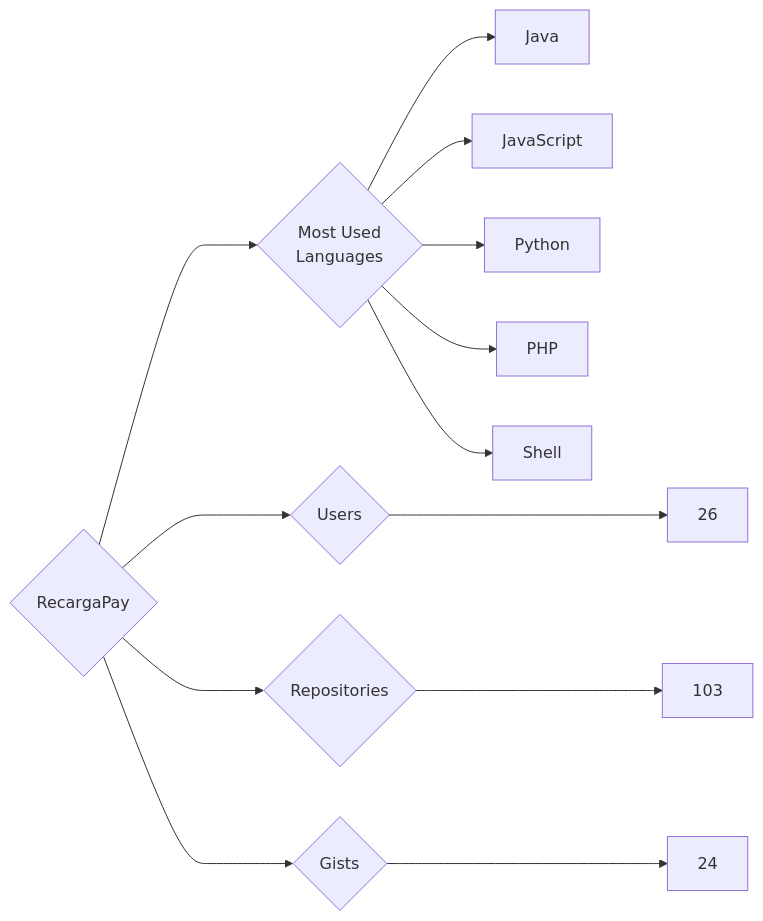
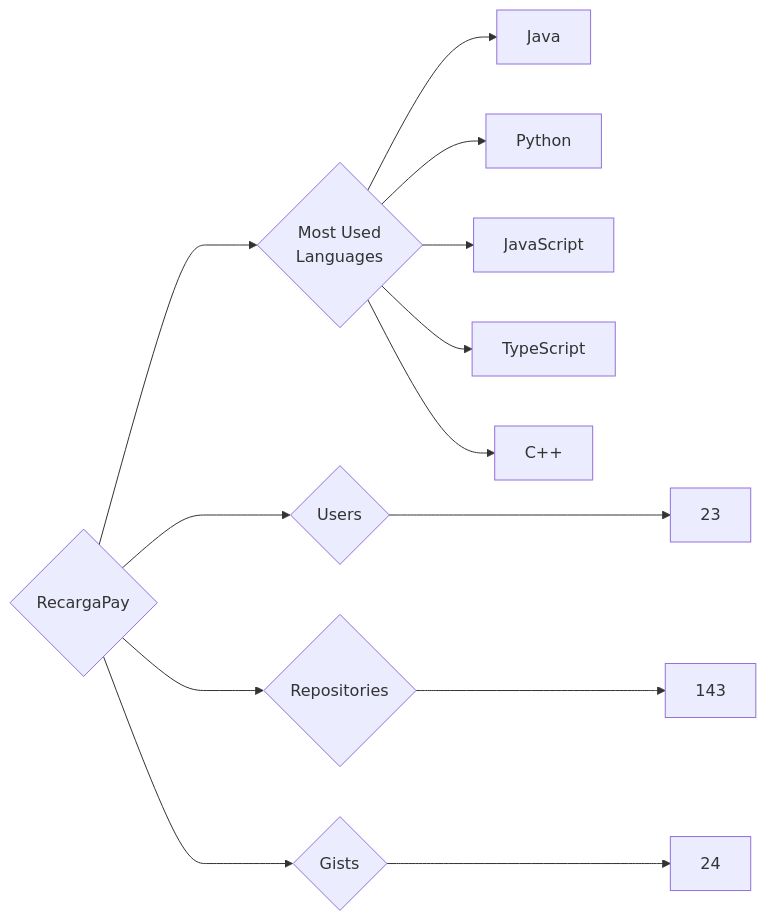
Before and after one commit to trickest/insiders: the diagram in targets/RecargaPay/README.md, drawn with Mermaid. The commit also changed 895 other files, not shown here.

````diff
--- a/targets/RecargaPay/README.md
+++ b/targets/RecargaPay/README.md
@@ -3,13 +3,13 @@
 ```mermaid
 graph LR
 COMPANY_NAME{RecargaPay}
-COMPANY_NAME ---> U{Users} ---> UN[26]
-COMPANY_NAME ---> R{Repositories} ---> RN[103]
+COMPANY_NAME ---> U{Users} ---> UN[23]
+COMPANY_NAME ---> R{Repositories} ---> RN[143]
 COMPANY_NAME ---> G{Gists} ---> GN[24]
 COMPANY_NAME ---> ML{Most Used<br>Languages}
 ML --> Java[Java]
+ML --> Python[Python]
 ML --> JavaScript[JavaScript]
-ML --> Python[Python]
-ML --> PHP[PHP]
-ML --> Shell[Shell]
+ML --> TypeScript[TypeScript]
+ML --> C++[C++]
 ```
````
